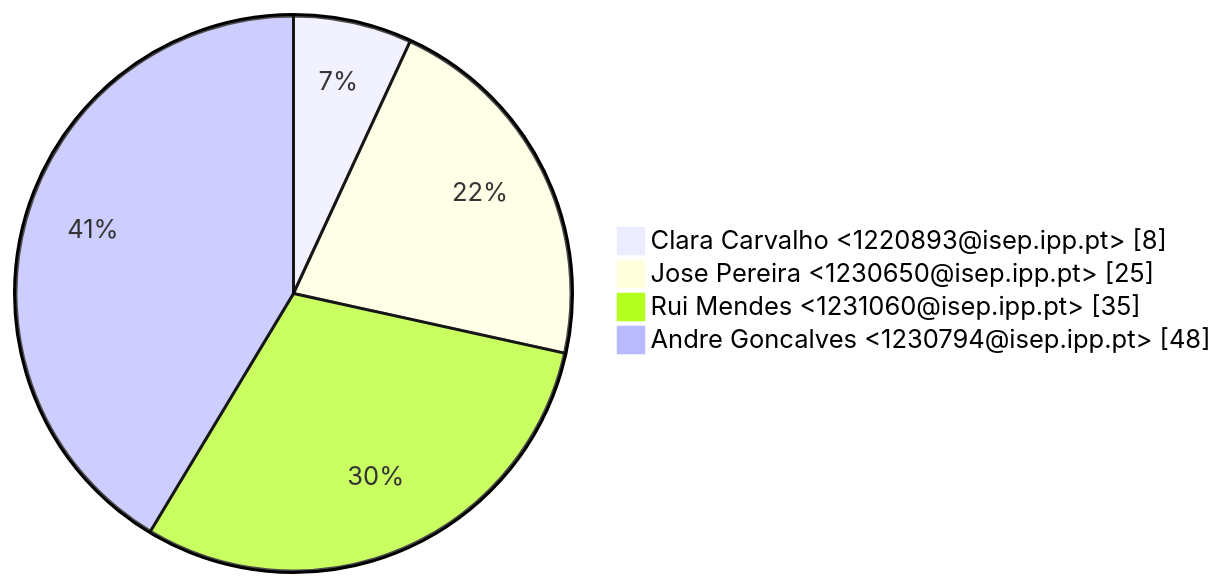
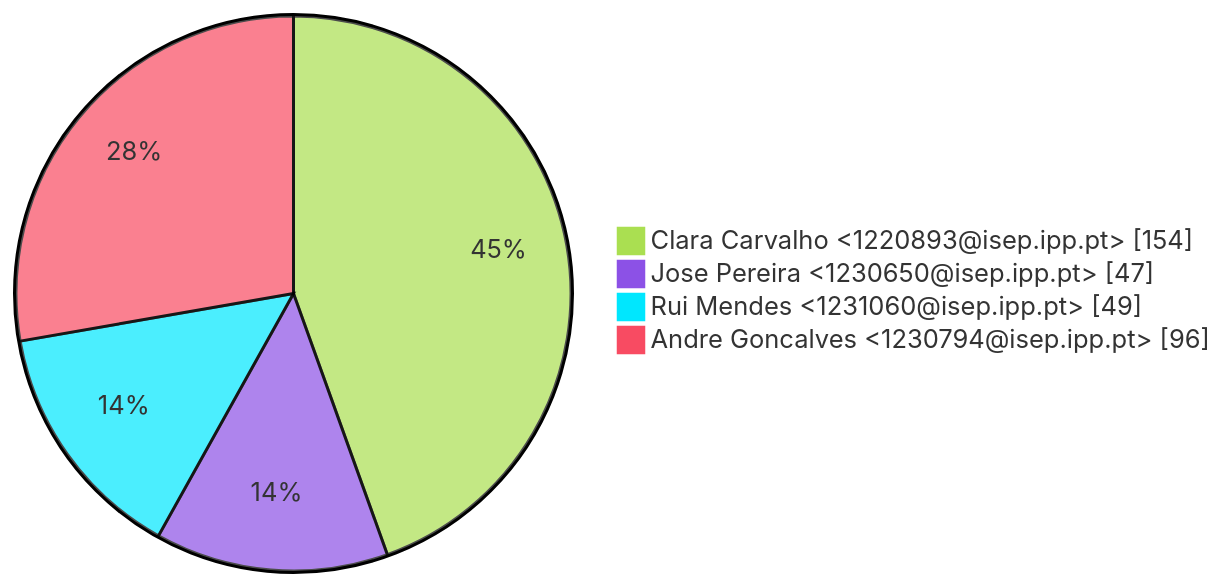
The third of 3 diagrams in GitAnalysis/Sprint_2/Contributions.md (RacoonOverFlow/LSIS1_Grupo4), drawn with Mermaid before and after one commit. The commit also changed other lines of this file and 1 other file, not shown here.

````diff
--- a/GitAnalysis/Sprint_2/Contributions.md
+++ b/GitAnalysis/Sprint_2/Contributions.md
@@ -28,7 +30,8 @@
 ```mermaid
+%%{init: {'theme': 'base', 'themeVariables': { 'pie1': '#AADF51', 'pie2': '#8C51E6', 'pie3': '#00E7FE', 'pie4': '#F84B62', 'pie5': '#FFDE72', 'pie6': '#3060CF', 'pie7': '#59C9A5'}}}%%
 pie showData
-    " Clara Carvalho <1220893@isep.ipp.pt>" : 8
-    " Jose Pereira <1230650@isep.ipp.pt>" : 25
-    " Rui Mendes <1231060@isep.ipp.pt>" : 35
-    " Andre Goncalves <1230794@isep.ipp.pt>" : 48
+    " Clara Carvalho <1220893@isep.ipp.pt>" : 154
+    " Jose Pereira <1230650@isep.ipp.pt>" : 47
+    " Rui Mendes <1231060@isep.ipp.pt>" : 49
+    " Andre Goncalves <1230794@isep.ipp.pt>" : 96
 ```
````
